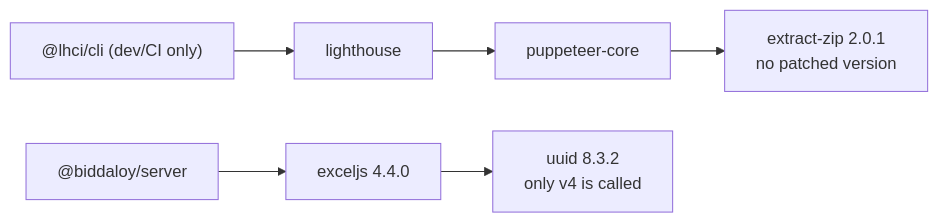
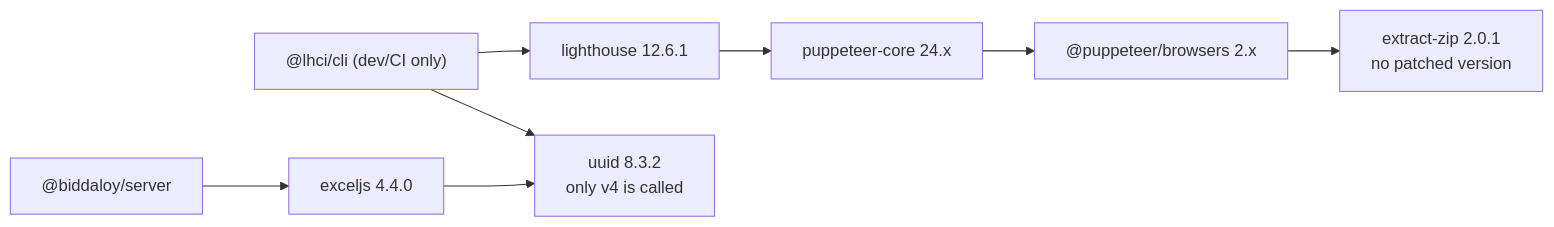
The seventh of 7 diagrams in docs/architecture/08-security.md (tareq89/biddaloy), drawn with Mermaid before and after one commit. The commit also changed other lines of this file, not shown here.

````diff
--- a/docs/architecture/08-security.md
+++ b/docs/architecture/08-security.md
@@ -567,5 +567,6 @@
 ```mermaid
 flowchart LR
-  lhci["@lhci/cli (dev/CI only)"] --> lh[lighthouse] --> pp["puppeteer-core"] --> ez["extract-zip 2.0.1<br/>no patched version"]
+  lhci["@lhci/cli (dev/CI only)"] --> lh["lighthouse 12.6.1"] --> pp["puppeteer-core 24.x"] --> pb["@puppeteer/browsers 2.x"] --> ez["extract-zip 2.0.1<br/>no patched version"]
   server["@biddaloy/server"] --> xl["exceljs 4.4.0"] --> uuid["uuid 8.3.2<br/>only v4 is called"]
+  lhci --> uuid
 ```
````
